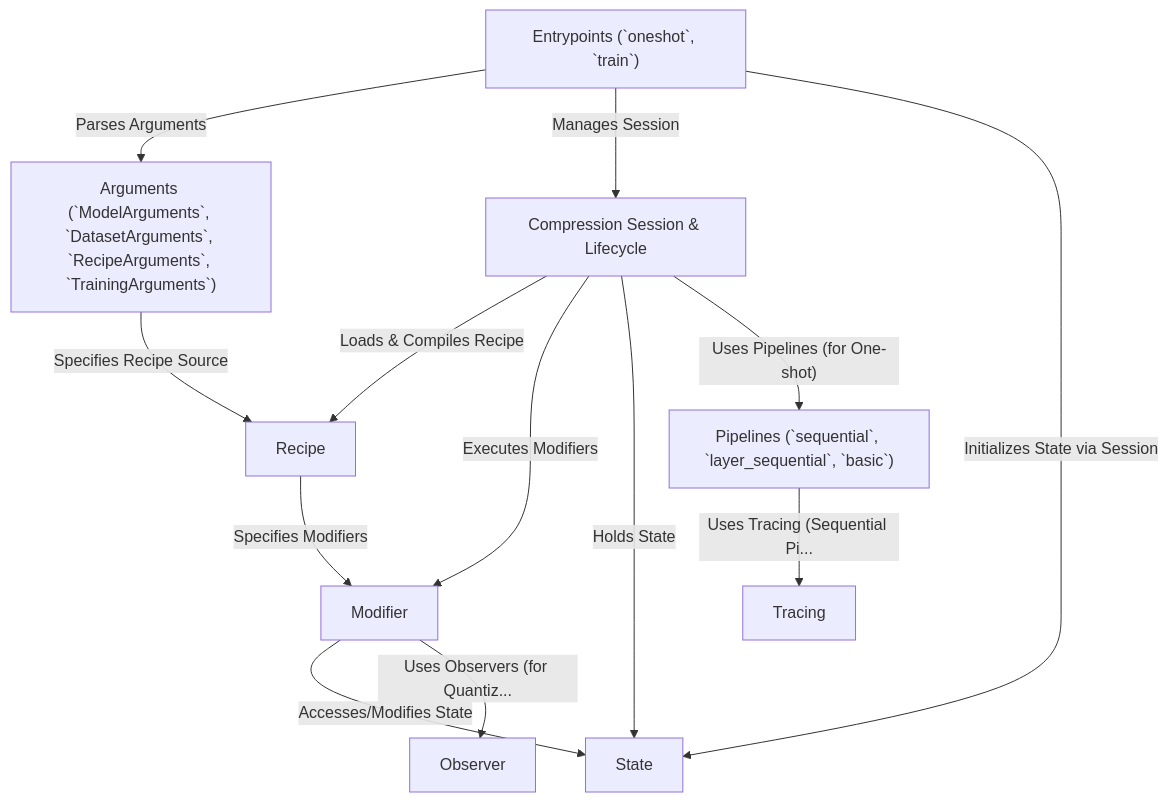
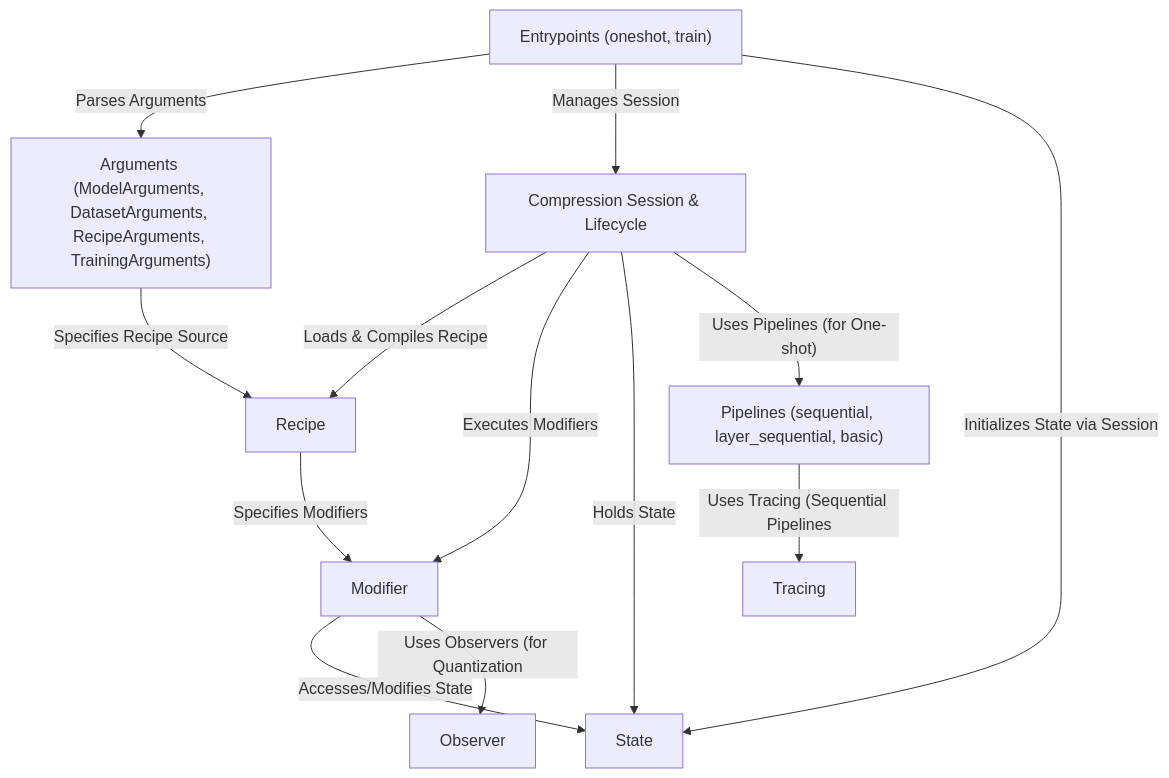
The diagram in index.md (Chr1st1anSears/agentic-llm-comp-docs), drawn with Mermaid before and after one commit.

````diff
--- a/index.md
+++ b/index.md
@@ -17,24 +17,24 @@
 ```mermaid
 flowchart TD
-    A0["Entrypoints (`oneshot`, `train`)"]
+    A0["Entrypoints (oneshot, train)"]
     A1["Recipe"]
     A2["Modifier"]
-    A3["Arguments (`ModelArguments`, `DatasetArguments`, `RecipeArguments`, `TrainingArguments`)"]
+    A3["Arguments (ModelArguments, DatasetArguments, RecipeArguments, TrainingArguments)"]
     A4["Compression Session & Lifecycle"]
     A5["State"]
-    A6["Pipelines (`sequential`, `layer_sequential`, `basic`)"]
+    A6["Pipelines (sequential, layer_sequential, basic)"]
     A7["Tracing"]
     A8["Observer"]
     A0 -- "Parses Arguments" --> A3
     A0 -- "Manages Session" --> A4
     A0 -- "Initializes State via Session" --> A5
     A1 -- "Specifies Modifiers" --> A2
     A2 -- "Accesses/Modifies State" --> A5
-    A2 -- "Uses Observers (for Quantiz..." --> A8
+    A2 -- "Uses Observers (for Quantization" --> A8
     A3 -- "Specifies Recipe Source" --> A1
     A4 -- "Loads & Compiles Recipe" --> A1
     A4 -- "Executes Modifiers" --> A2
     A4 -- "Holds State" --> A5
     A4 -- "Uses Pipelines (for One-shot)" --> A6
-    A6 -- "Uses Tracing (Sequential Pi..." --> A7
+    A6 -- "Uses Tracing (Sequential Pipelines" --> A7
 ```
````
